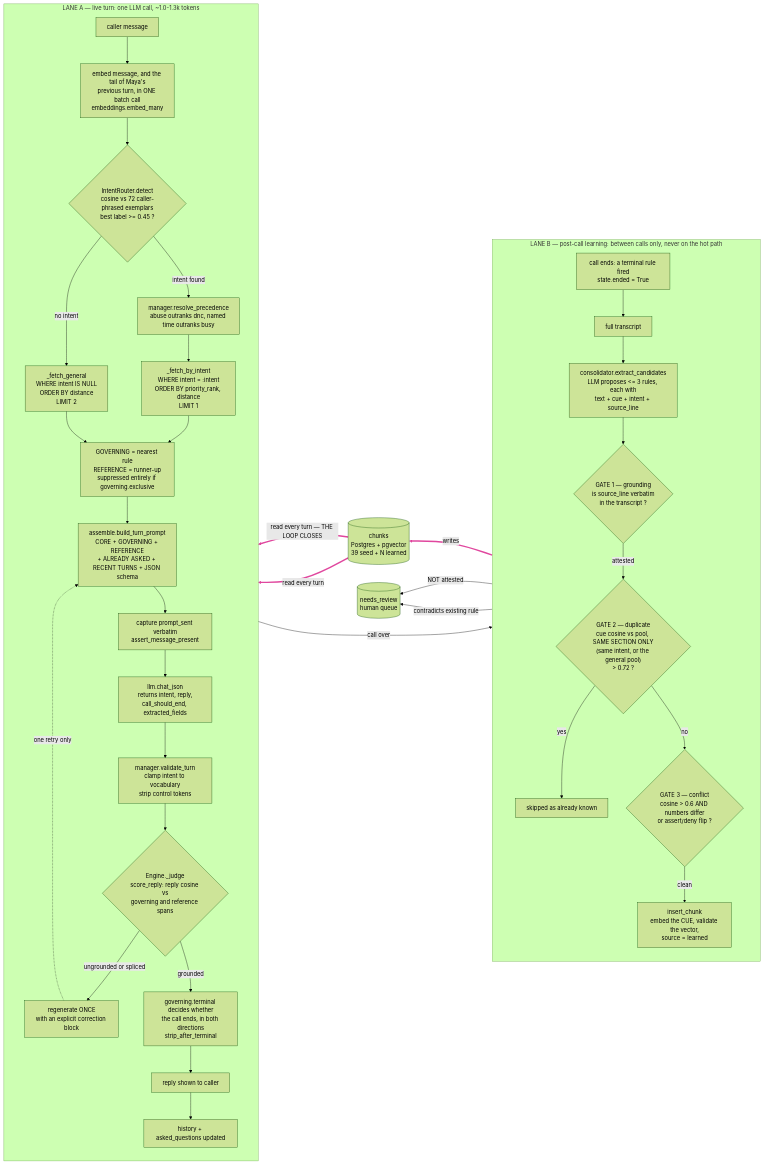
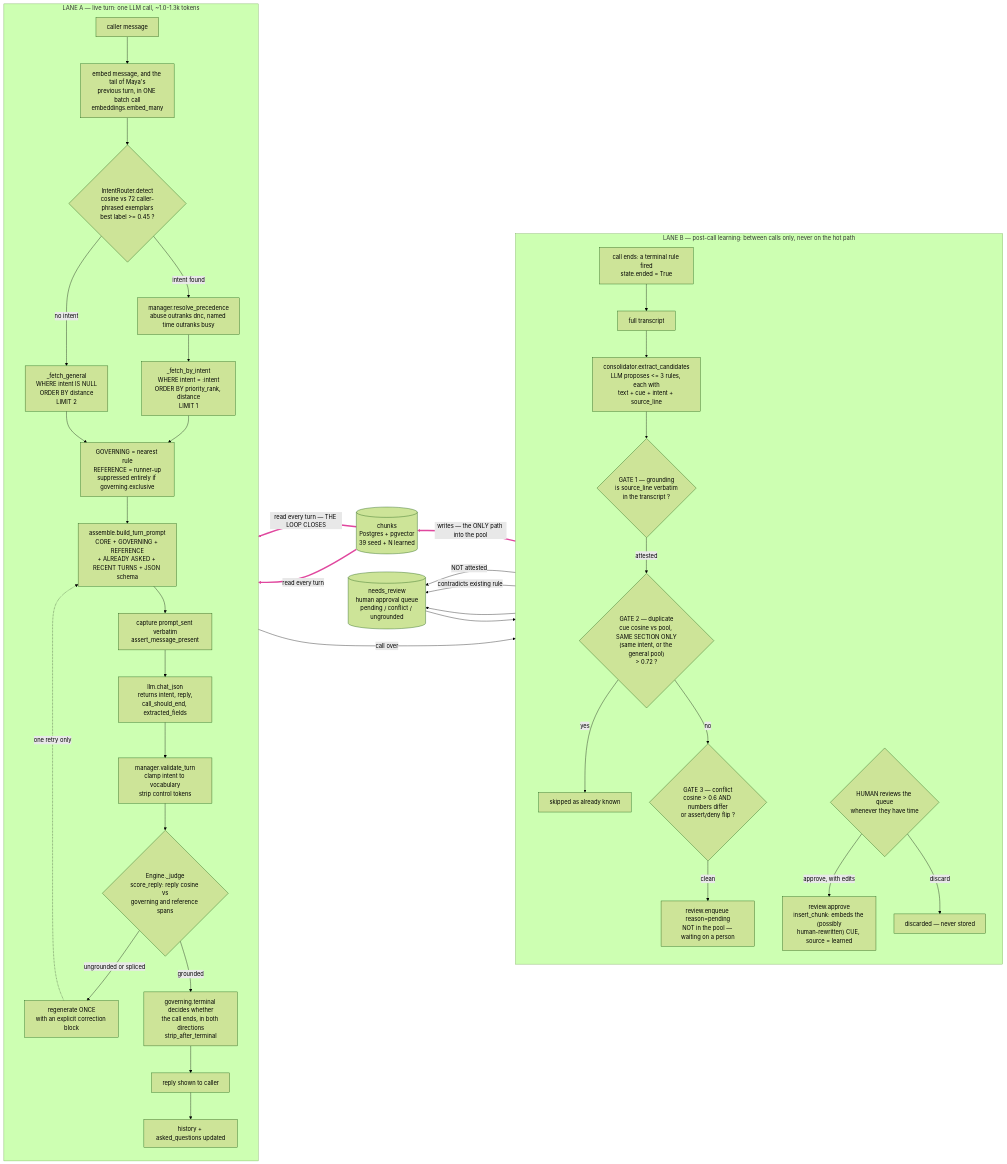
The first of 2 diagrams in docs/ARCHITECTURE.md (shahbhavya7/Prompt_Factory), drawn with Mermaid (forest theme) before and after one commit. The commit also changed other lines of this file and 17 other files, not shown here.

First line of the commit message:
feat: Implement human approval queue for learned rules

````diff
--- a/docs/ARCHITECTURE.md
+++ b/docs/ARCHITECTURE.md
@@ -21,74 +23,81 @@
 ```mermaid
 %% RL, not TD: the feedback edge makes Lane A a layout sink, so left-to-right
 %% direction is what puts Lane A first and the shared table between the lanes.
 flowchart RL
     DB[("chunks<br>Postgres + pgvector<br>39 seed + N learned")]
-    REVIEW[("needs_review<br>human queue")]
+    REVIEW[("needs_review<br>human approval queue<br>pending / conflict / ungrounded")]
 
     subgraph LANE_A["LANE A — live turn: one LLM call, ~1.0-1.3k tokens"]
         direction TB
         A1["caller message"]
         A2["embed message, and the tail of Maya's<br>previous turn, in ONE batch call<br>embeddings.embed_many"]
         A3{"IntentRouter.detect<br>cosine vs 72 caller-phrased exemplars<br>best label >= 0.45 ?"}
         A4["manager.resolve_precedence<br>abuse outranks dnc, named time outranks busy"]
         A5["_fetch_by_intent<br>WHERE intent = :intent<br>ORDER BY priority_rank, distance<br>LIMIT 1"]
         A6["_fetch_general<br>WHERE intent IS NULL<br>ORDER BY distance<br>LIMIT 2"]
         A7["GOVERNING = nearest rule<br>REFERENCE = runner-up<br>suppressed entirely if governing.exclusive"]
         A8["assemble.build_turn_prompt<br>CORE + GOVERNING + REFERENCE<br>+ ALREADY ASKED + RECENT TURNS + JSON schema"]
         A9["capture prompt_sent verbatim<br>assert_message_present"]
         A10["llm.chat_json<br>returns intent, reply,<br>call_should_end, extracted_fields"]
         A11["manager.validate_turn<br>clamp intent to vocabulary<br>strip control tokens"]
         A12{"Engine._judge<br>score_reply: reply cosine vs<br>governing and reference spans"}
         A13["regenerate ONCE<br>with an explicit correction block"]
         A14["governing.terminal decides whether<br>the call ends, in both directions<br>strip_after_terminal"]
         A15["reply shown to caller"]
         A16["history + asked_questions updated"]
     end
 
     subgraph LANE_B["LANE B — post-call learning: between calls only, never on the hot path"]
         direction TB
         B1["call ends: a terminal rule fired<br>state.ended = True"]
         B2["full transcript"]
         B3["consolidator.extract_candidates<br>LLM proposes <= 3 rules, each with<br>text + cue + intent + source_line"]
         B4{"GATE 1 — grounding<br>is source_line verbatim<br>in the transcript ?"}
         B5{"GATE 2 — duplicate<br>cue cosine vs pool, SAME SECTION ONLY<br>(same intent, or the general pool)<br>> 0.72 ?"}
         B6{"GATE 3 — conflict<br>cosine > 0.6 AND numbers differ<br>or assert/deny flip ?"}
-        B7["insert_chunk<br>embed the CUE, validate the vector,<br>source = learned"]
+        B7["review.enqueue reason=pending<br>NOT in the pool — waiting on a person"]
         B8["skipped as already known"]
+        B9{"HUMAN reviews the queue<br>whenever they have time"}
+        B10["review.approve<br>insert_chunk: embeds the (possibly<br>human-rewritten) CUE, source = learned"]
+        B11["discarded — never stored"]
     end
 
     A1 --> A2
     A2 --> A3
     A3 -->|"intent found"| A4
     A4 --> A5
     A3 -->|"no intent"| A6
     A5 --> A7
     A6 --> A7
     A7 --> A8
     A8 --> A9
     A9 --> A10
     A10 --> A11
     A11 --> A12
     A12 -->|"ungrounded or spliced"| A13
     A13 -.->|"one retry only"| A8
     A12 -->|"grounded"| A14
     A14 --> A15
     A15 --> A16
     B1 --> B2
     B2 --> B3
     B3 --> B4
     B4 -->|"NOT attested"| REVIEW
     B4 -->|"attested"| B5
     B5 -->|"yes"| B8
     B5 -->|"no"| B6
     B6 -->|"contradicts existing rule"| REVIEW
     B6 -->|"clean"| B7
     A16 -->|"call over"| B1
-    B7 ==>|"writes"| DB
+    B7 --> REVIEW
+    REVIEW --> B9
+    B9 -->|"approve, with edits"| B10
+    B9 -->|"discard"| B11
+    B10 ==>|"writes — the ONLY path into the pool"| DB
     DB ==>|"read every turn — THE LOOP CLOSES"| A5
     DB ==>|"read every turn"| A6
 
-    linkStyle 27 stroke:#e0479e,stroke-width:4px
-    linkStyle 28 stroke:#e0479e,stroke-width:4px
-    linkStyle 29 stroke:#e0479e,stroke-width:4px
+    linkStyle 31 stroke:#e0479e,stroke-width:4px
+    linkStyle 32 stroke:#e0479e,stroke-width:4px
+    linkStyle 33 stroke:#e0479e,stroke-width:4px
 ```
````
